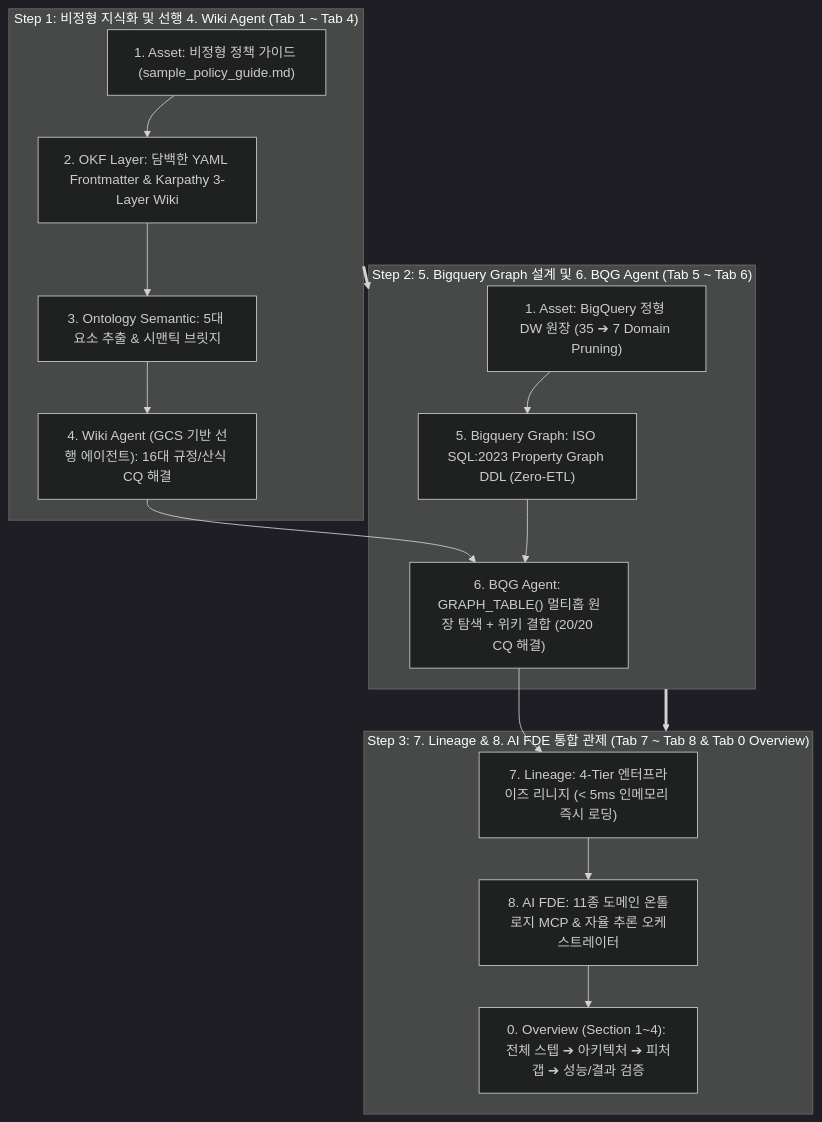
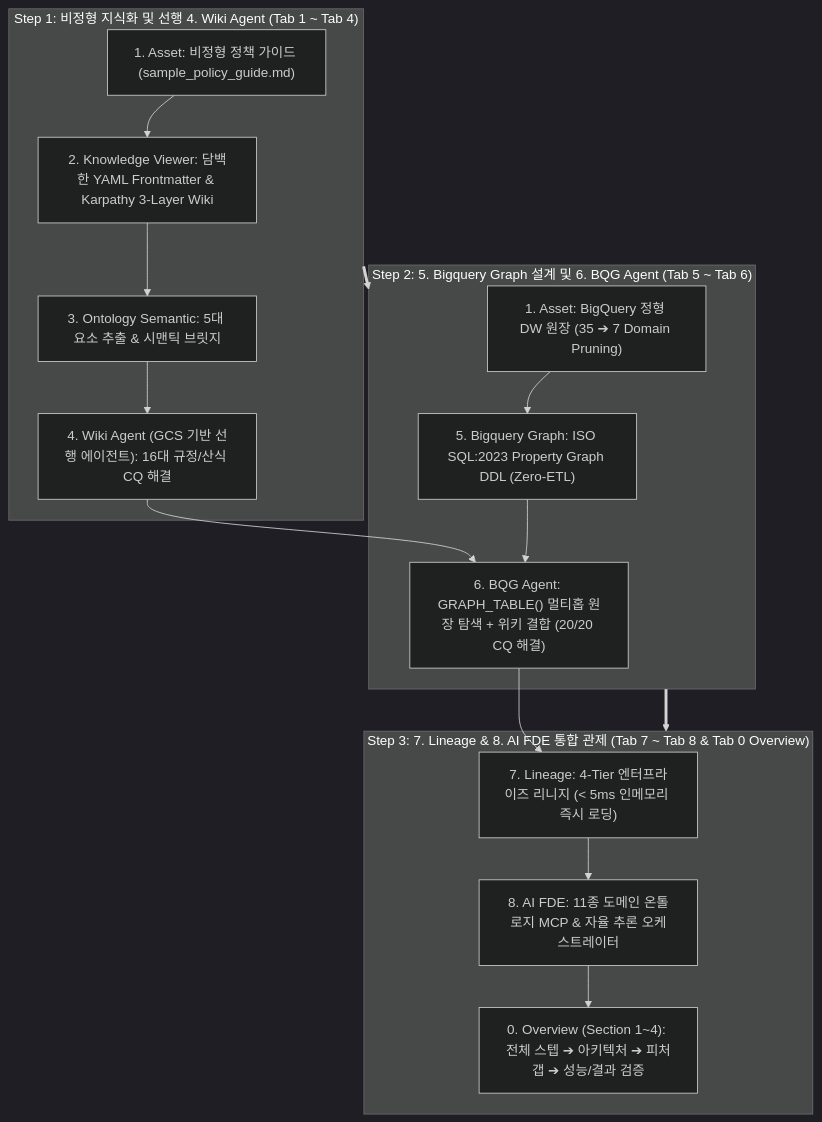
One commit to seanjungG/agentic-ontology-starter changed the diagram in notebooks/README.md. Above: the diagram before and after it, drawn with Mermaid (dark theme). The commit also changed other lines of this file and 36 other files, not shown here.

Commit message:
feat(studio): apply Uplus Ontology Light Enterprise design parity and v2.0 6-Tab/8-MCP/Dual-Graph architecture

````diff
--- a/notebooks/README.md
+++ b/notebooks/README.md
@@ -30,21 +30,21 @@
 ```mermaid
 flowchart TD
     subgraph Step1 ["Step 1: 비정형 지식화 및 선행 4. Wiki Agent (Tab 1 ~ Tab 4)"]
-        Raw["1. Asset: 비정형 정책 가이드 (sample_policy_guide.md)"] --> Wiki["2. OKF Layer: 담백한 YAML Frontmatter & Karpathy 3-Layer Wiki"]
+        Raw["1. Asset: 비정형 정책 가이드 (sample_policy_guide.md)"] --> Wiki["2. Knowledge Viewer: 담백한 YAML Frontmatter & Karpathy 3-Layer Wiki"]
         Wiki --> Sem["3. Ontology Semantic: 5대 요소 추출 & 시맨틱 브릿지"]
         Sem --> WikiAg["4. Wiki Agent (GCS 기반 선행 에이전트): 16대 규정/산식 CQ 해결"]
     end
 
     subgraph Step2 ["Step 2: 5. Bigquery Graph 설계 및 6. BQG Agent (Tab 5 ~ Tab 6)"]
         DW["1. Asset: BigQuery 정형 DW 원장 (35 ➔ 7 Domain Pruning)"] --> DDL["5. Bigquery Graph: ISO SQL:2023 Property Graph DDL (Zero-ETL)"]
         WikiAg & DDL --> BQGAg["6. BQG Agent: GRAPH_TABLE() 멀티홉 원장 탐색 + 위키 결합 (20/20 CQ 해결)"]
     end
 
     subgraph Step3 ["Step 3: 7. Lineage & 8. AI FDE 통합 관제 (Tab 7 ~ Tab 8 & Tab 0 Overview)"]
         BQGAg --> Lin["7. Lineage: 4-Tier 엔터프라이즈 리니지 (< 5ms 인메모리 즉시 로딩)"]
         Lin --> FDE["8. AI FDE: 11종 도메인 온톨로지 MCP & 자율 추론 오케스트레이터"]
         FDE --> Eval["0. Overview (Section 1~4): 전체 스텝 ➔ 아키텍처 ➔ 피처갭 ➔ 성능/결과 검증"]
     end
 
     Step1 ==> Step2 ==> Step3
 ```
````
